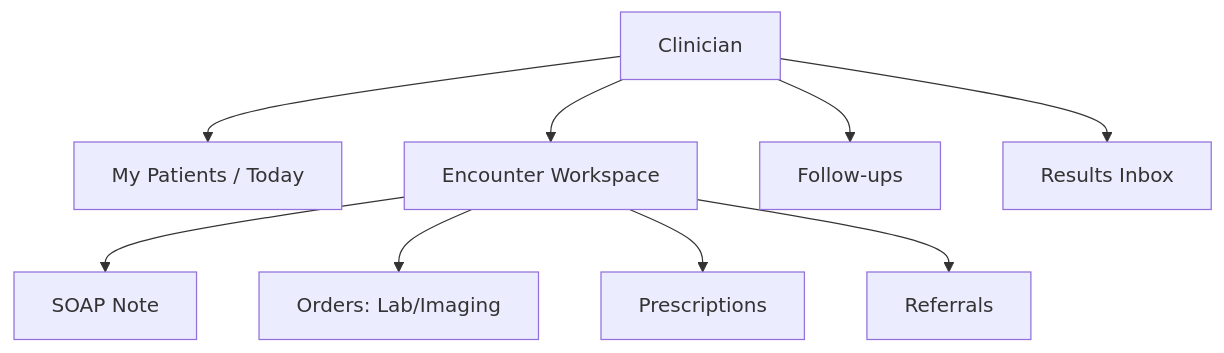
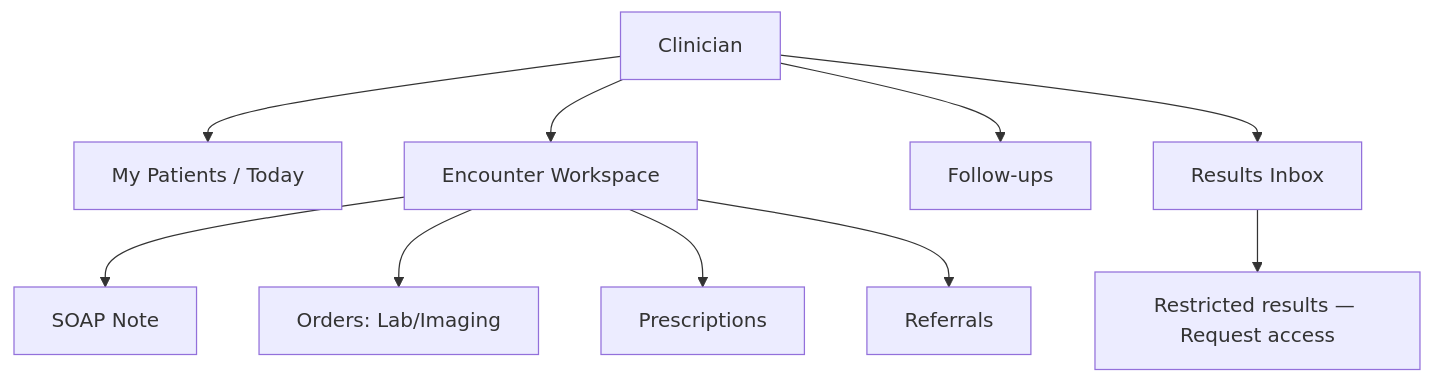
Before and after one commit to MohabFikry/HBMP: the second of 12 diagrams in HBMP-Design/14-navigation-structure.md, drawn with Mermaid. The commit also changed other lines of this file and 19 other files, not shown here.

````diff
--- a/HBMP-Design/14-navigation-structure.md
+++ b/HBMP-Design/14-navigation-structure.md
@@ -47,11 +60,12 @@
 ```mermaid
 flowchart TD
     D[Clinician] --> D1[My Patients / Today]
     D --> D2[Encounter Workspace]
     D2 --> D2a[SOAP Note]
     D2 --> D2b[Orders: Lab/Imaging]
     D2 --> D2c[Prescriptions]
     D2 --> D2d[Referrals]
     D --> D3[Follow-ups]
     D --> D4[Results Inbox]
+    D4 --> D4a[Restricted results — Request access]
 ```
````
